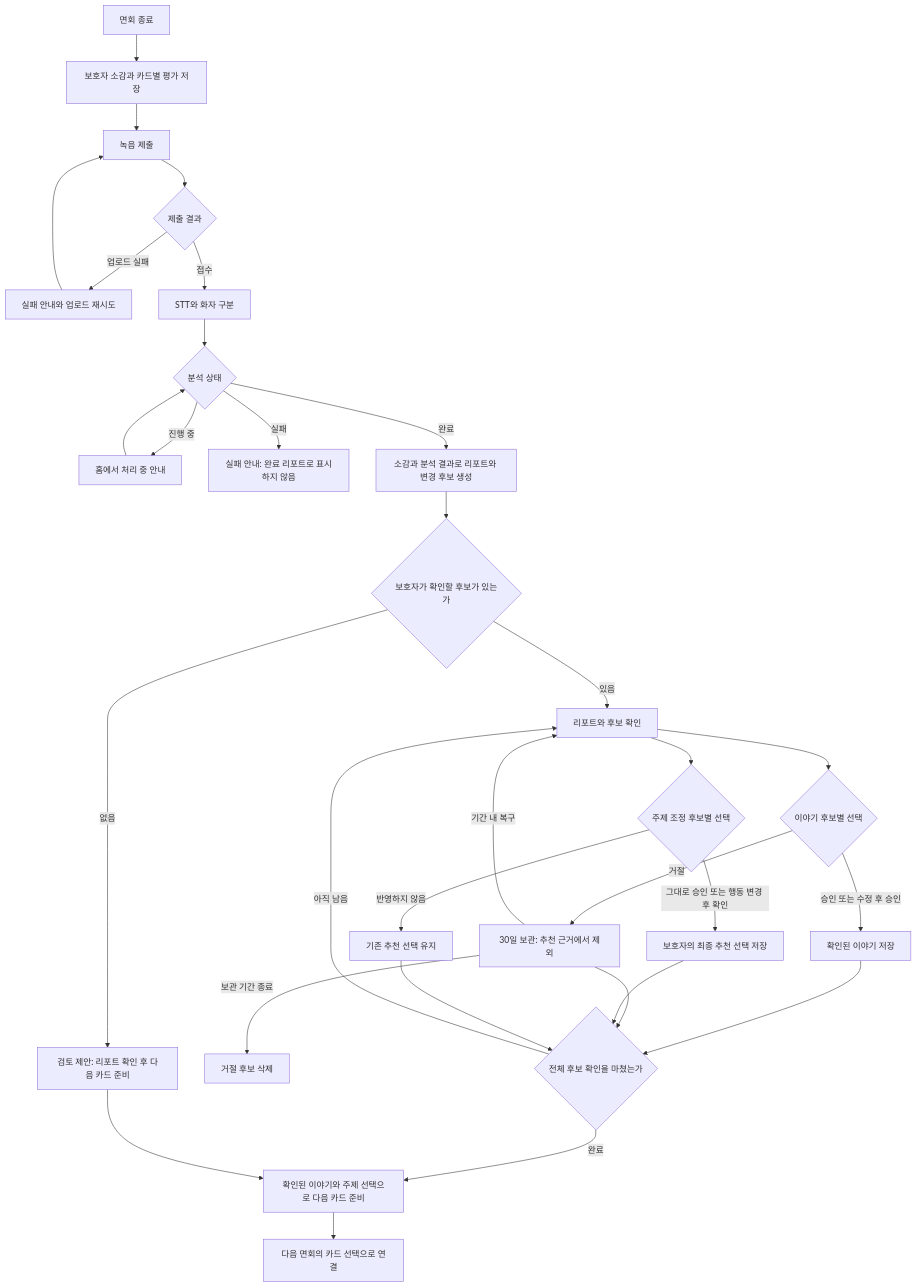
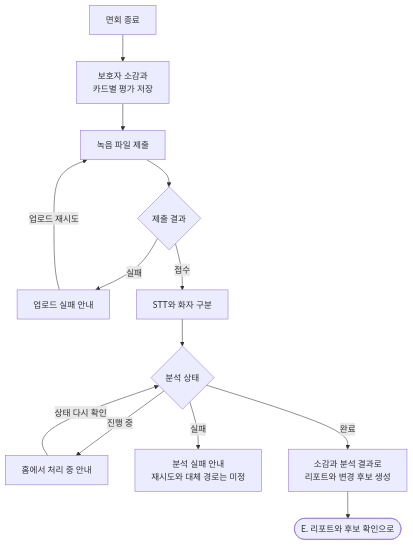
One commit to kakaotechcampus-4/ktc4-chungnam-1 changed the fourth of 6 diagrams in docs/architecture/card-generation-flow.md. Above: the diagram before and after it, drawn with Mermaid. The commit also changed other lines of this file, not shown here.

````diff
--- a/docs/architecture/card-generation-flow.md
+++ b/docs/architecture/card-generation-flow.md
@@ -75,33 +95,15 @@
 ```mermaid
 flowchart TD
-    A["면회 종료"] --> B["보호자 소감과 카드별 평가 저장"]
-    B --> C["녹음 제출"]
-    C --> D{"제출 결과"}
-    D -->|업로드 실패| E["실패 안내와 업로드 재시도"]
-    E --> C
-    D -->|접수| F["STT와 화자 구분"]
-    F --> G{"분석 상태"}
-    G -->|진행 중| H["홈에서 처리 중 안내"]
-    H --> G
-    G -->|실패| I["실패 안내: 완료 리포트로 표시하지 않음"]
-    G -->|완료| J["소감과 분석 결과로 리포트와 변경 후보 생성"]
-    J --> K{"보호자가 확인할 후보가 있는가"}
-    K -->|있음| L["리포트와 후보 확인"]
-    K -->|없음| M["검토 제안: 리포트 확인 후 다음 카드 준비"]
-    L --> N{"이야기 후보별 선택"}
-    N -->|승인 또는 수정 후 승인| O["확인된 이야기 저장"]
-    N -->|거절| P["30일 보관: 추천 근거에서 제외"]
-    P -->|기간 내 복구| L
-    P -->|보관 기간 종료| Q["거절 후보 삭제"]
-    L --> R{"주제 조정 후보별 선택"}
-    R -->|그대로 승인 또는 행동 변경 후 확인| S["보호자의 최종 추천 선택 저장"]
-    R -->|반영하지 않음| T["기존 추천 선택 유지"]
-    O --> U{"전체 후보 확인을 마쳤는가"}
-    P --> U
-    S --> U
-    T --> U
-    U -->|아직 남음| L
-    U -->|완료| V["확인된 이야기와 주제 선택으로 다음 카드 준비"]
-    M --> V
-    V --> W["다음 면회의 카드 선택으로 연결"]
+    START["면회 종료"] --> REVIEW["보호자 소감과<br/>카드별 평가 저장"]
+    REVIEW --> UPLOAD["녹음 파일 제출"]
+    UPLOAD --> RECEIVED{"제출 결과"}
+    RECEIVED -->|실패| RETRY["업로드 실패 안내"]
+    RETRY -->|업로드 재시도| UPLOAD
+    RECEIVED -->|접수| STT["STT와 화자 구분"]
+    STT --> STATUS{"분석 상태"}
+    STATUS -->|진행 중| WAIT["홈에서 처리 중 안내"]
+    WAIT -->|상태 다시 확인| STATUS
+    STATUS -->|실패| FAILED["분석 실패 안내<br/>재시도와 대체 경로는 미정"]
+    STATUS -->|완료| REPORT["소감과 분석 결과로<br/>리포트와 변경 후보 생성"]
+    REPORT --> NEXT(["E. 리포트와 후보 확인으로"])
 ```
````
